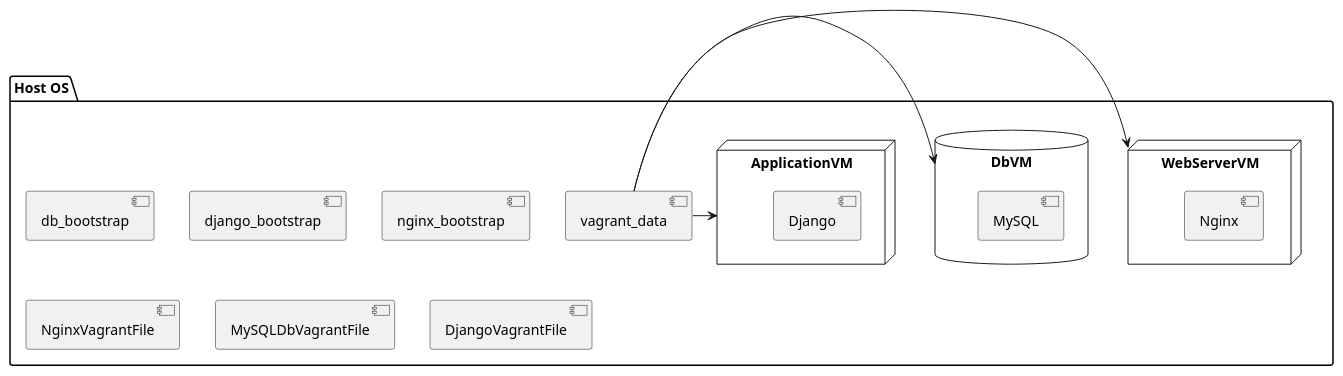
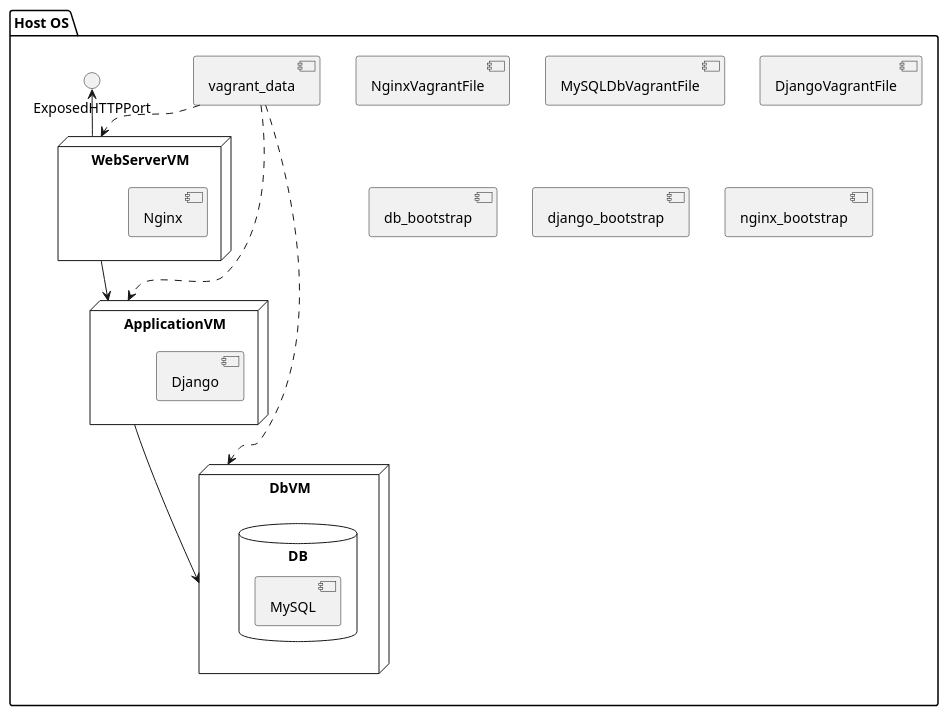
Before and after one commit to rachit-ranjan16/VagrantBoxes: the diagram in design/DjangoAppComponentDig.pu, drawn with PlantUML. The commit also changed 2 other files, not shown here.

Commit message:
- Added Design for DjangoBox - Updated README

```diff
--- a/design/DjangoAppComponentDig.pu
+++ b/design/DjangoAppComponentDig.pu
@@ -1,24 +1,29 @@
 @startuml
 package "Host OS" {
   node "WebServerVM" {
     [Nginx]
   }
-  database "DbVM" {
-    [MySQL] as Db
+  node "DbVM" {
+    database "DB" {
+      [MySQL] as Db
+    }
   }
   node "ApplicationVM" {
     [Django] as DjVM
   }
-
+  [vagrant_data]
+  WebServerVM -up-> ExposedHTTPPort
+  WebServerVM -down-> ApplicationVM
+  ApplicationVM -down-> DbVM
+  vagrant_data ..> WebServerVM
+  vagrant_data ..> DbVM
+  vagrant_data ..> ApplicationVM
+  [NginxVagrantFile]
+  [MySQLDbVagrantFile]
+  [DjangoVagrantFile]
   [db_bootstrap]
   [django_bootstrap]
   [nginx_bootstrap]
-  [vagrant_data]
-  vagrant_data -> WebServerVM
-  vagrant_data -> DbVM
-  vagrant_data -> ApplicationVM
-  [NginxVagrantFile]
-  [MySQLDbVagrantFile]
-  [DjangoVagrantFile]
+
 }
 @enduml
```
